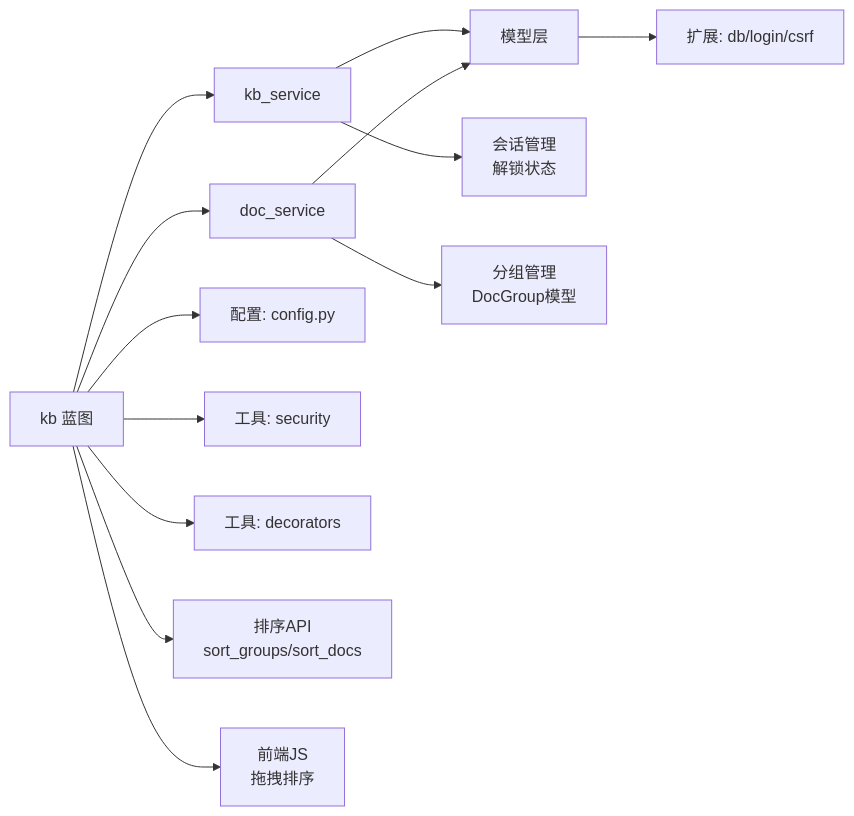
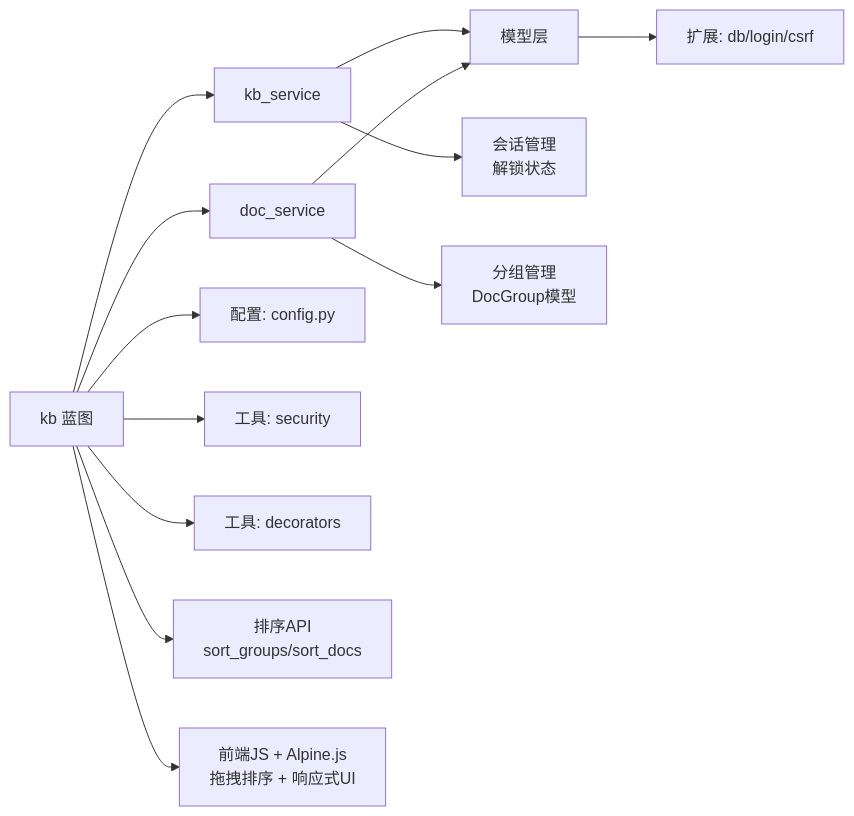
One commit to beyondalbert/my_wiki changed the tenth of 10 diagrams in .qoder/repowiki/zh/content/架构设计/蓝图系统设计/知识库蓝图 (Knowledge Base Blueprint).md. Above: the diagram before and after it, drawn with Mermaid. The commit also changed other lines of this file and 4 other files, not shown here.

````diff
--- a/.qoder/repowiki/zh/content/架构设计/蓝图系统设计/知识库蓝图 (Knowledge Base Blueprint).md
+++ b/.qoder/repowiki/zh/content/架构设计/蓝图系统设计/知识库蓝图 (Knowledge Base Blueprint).md
@@ -581,15 +586,15 @@
 ```mermaid
 graph LR
 KB_BP["kb 蓝图"] --> KB_SVC["kb_service"]
 KB_BP --> DOC_SVC["doc_service"]
 KB_SVC --> MODELS["模型层"]
 DOC_SVC --> MODELS
 MODELS --> EXT["扩展: db/login/csrf"]
 KB_BP --> CFG["配置: config.py"]
 KB_BP --> SEC["工具: security"]
 KB_BP --> DEC["工具: decorators"]
 KB_SVC --> SESSION["会话管理<br/>解锁状态"]
 DOC_SVC --> GROUPS["分组管理<br/>DocGroup模型"]
 KB_BP --> SORT_API["排序API<br/>sort_groups/sort_docs"]
-KB_BP --> FRONTEND_JS["前端JS<br/>拖拽排序"]
+KB_BP --> FRONTEND_JS["前端JS + Alpine.js<br/>拖拽排序 + 响应式UI"]
 ```
````
